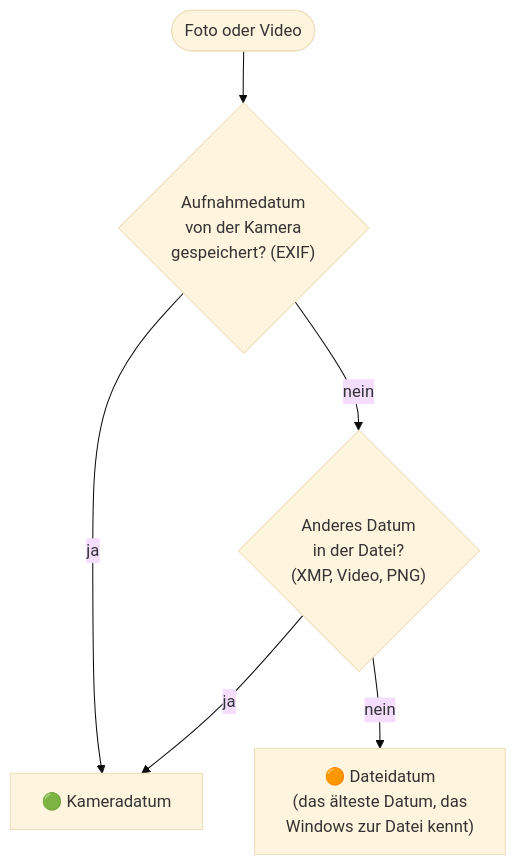
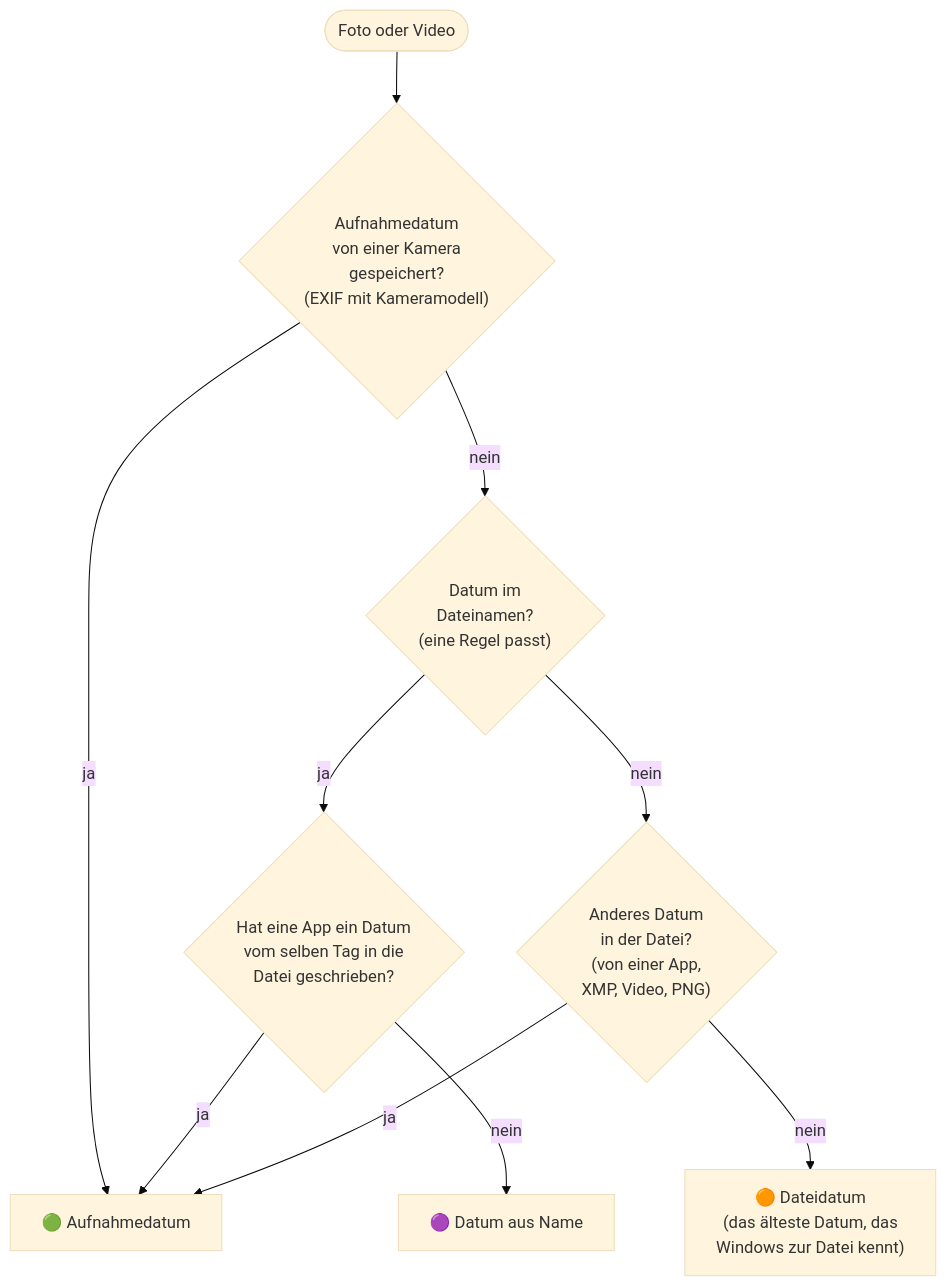
The second of 2 diagrams in docs/user-guide.de.md (jannikjordan/snapdate), drawn with Mermaid (base theme) before and after one commit. The commit also changed other lines of this file and 6 other files, not shown here.

First line of the commit message:
docs: document dates from file names in guides, architecture and security

````diff
--- a/docs/user-guide.de.md
+++ b/docs/user-guide.de.md
@@ -222,8 +230,12 @@
 ```mermaid
 flowchart TD
-    S([Foto oder Video]) --> A{"Aufnahmedatum<br/>von der Kamera<br/>gespeichert? (EXIF)"}
-    A -- ja --> OK["🟢 Kameradatum"]
-    A -- nein --> B{"Anderes Datum<br/>in der Datei?<br/>(XMP, Video, PNG)"}
+    S([Foto oder Video]) --> A{"Aufnahmedatum<br/>von einer Kamera<br/>gespeichert?<br/>(EXIF mit Kameramodell)"}
+    A -- ja --> OK["🟢 Aufnahmedatum"]
+    A -- nein --> N{"Datum im<br/>Dateinamen?<br/>(eine Regel passt)"}
+    N -- ja --> C{"Hat eine App ein Datum<br/>vom selben Tag in die<br/>Datei geschrieben?"}
+    C -- ja --> OK
+    C -- nein --> NM["🟣 Datum aus Name"]
+    N -- nein --> B{"Anderes Datum<br/>in der Datei?<br/>(von einer App,<br/>XMP, Video, PNG)"}
     B -- ja --> OK
     B -- nein --> F["🟠 Dateidatum<br/>(das älteste Datum, das<br/>Windows zur Datei kennt)"]
 ```
````
